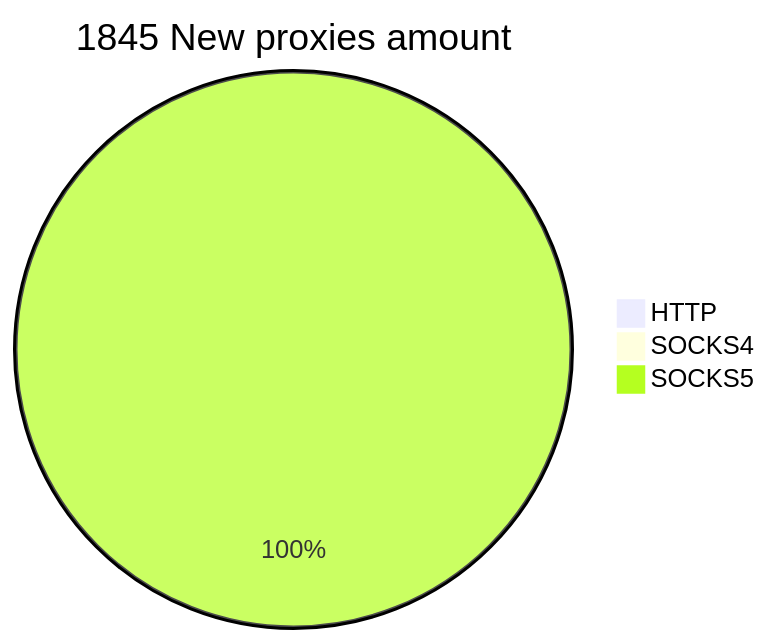
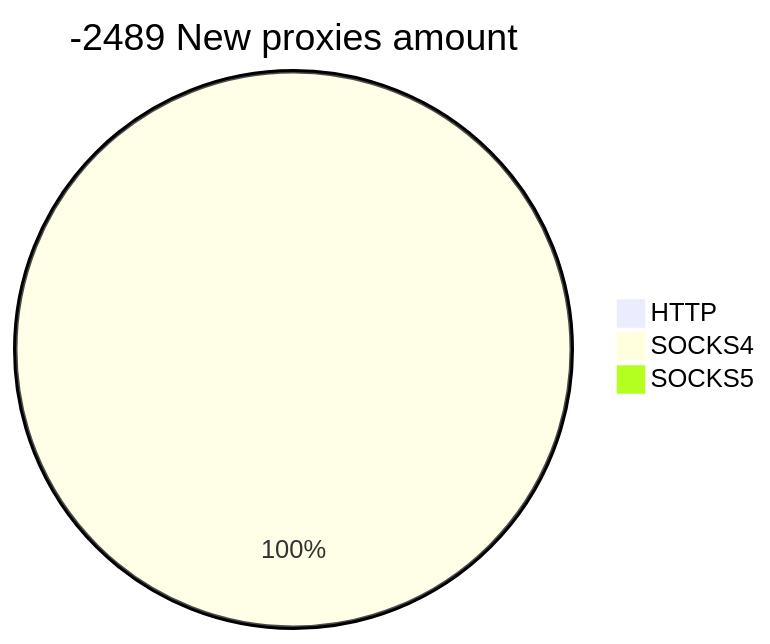
One commit to cutipu/proxylist changed the second of 2 diagrams in README.md. Above: the diagram before and after it, drawn with Mermaid. The commit also changed other lines of this file, not shown here.

````diff
--- a/README.md
+++ b/README.md
@@ -10,6 +10,6 @@
 ```mermaid
-pie title 1845 New proxies amount
+pie title -2489 New proxies amount
     "HTTP" : 0
-    "SOCKS4" : 0
-    "SOCKS5" : 1845
+    "SOCKS4" : 1
+    "SOCKS5" : 0
 ```
````
